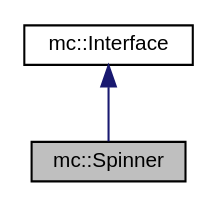
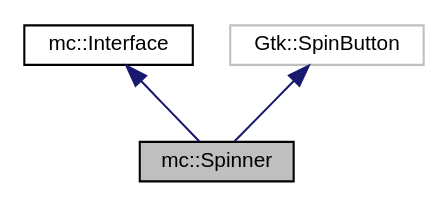
The diagram in docs/classmc_1_1Spinner__inherit__graph.dot (mjhouse/mcalc), drawn with Graphviz before and after one commit. The commit also changed 34 other files, not shown here.

```diff
--- a/docs/classmc_1_1Spinner__inherit__graph.dot
+++ b/docs/classmc_1_1Spinner__inherit__graph.dot
@@ -1,8 +1,10 @@
 digraph "mc::Spinner"
 {
   edge [fontname="Helvetica",fontsize="10",labelfontname="Helvetica",labelfontsize="10"];
   node [fontname="Helvetica",fontsize="10",shape=record];
   Node1 [label="mc::Spinner",height=0.2,width=0.4,color="black", fillcolor="grey75", style="filled", fontcolor="black"];
   Node2 -> Node1 [dir="back",color="midnightblue",fontsize="10",style="solid",fontname="Helvetica"];
   Node2 [label="mc::Interface",height=0.2,width=0.4,color="black", fillcolor="white", style="filled",URL="$classmc_1_1Interface.html"];
+  Node3 -> Node1 [dir="back",color="midnightblue",fontsize="10",style="solid",fontname="Helvetica"];
+  Node3 [label="Gtk::SpinButton",height=0.2,width=0.4,color="grey75", fillcolor="white", style="filled"];
 }
```
